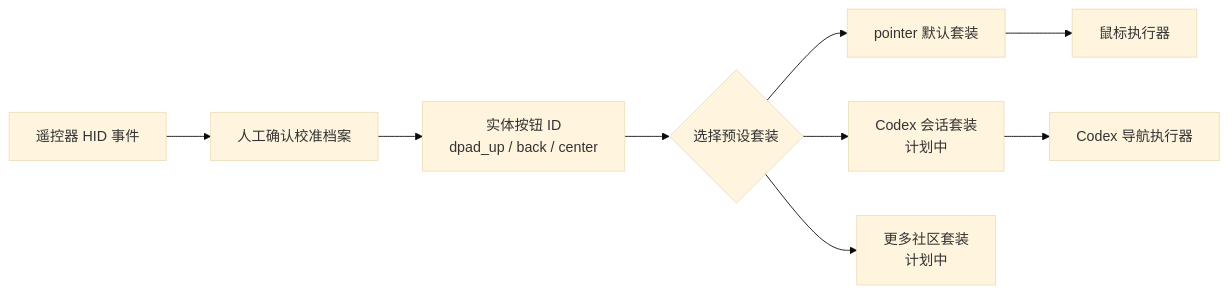
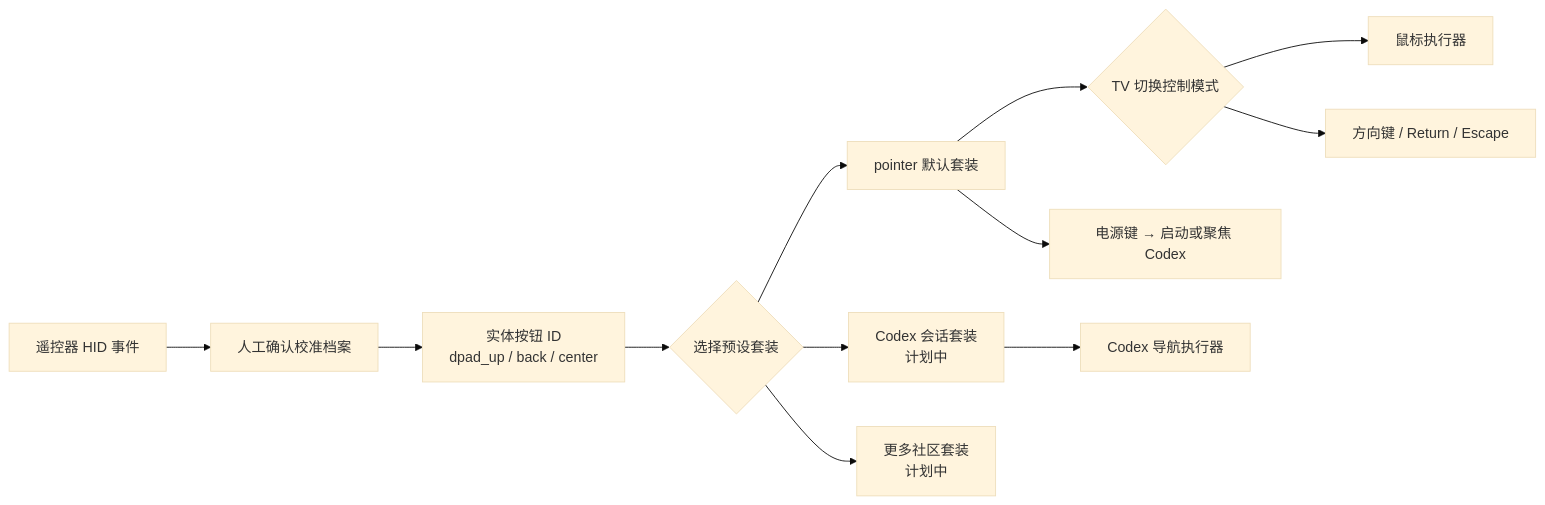
The diagram in docs/BUTTON_PRESETS.md (fanxeon/mi-ao), drawn with Mermaid (base theme) before and after one commit. The commit also changed other lines of this file and 22 other files, not shown here.

````diff
--- a/docs/BUTTON_PRESETS.md
+++ b/docs/BUTTON_PRESETS.md
@@ -13,11 +13,14 @@
 ```mermaid
 flowchart LR
     A["遥控器 HID 事件"] --> B["人工确认校准档案"]
     B --> C["实体按钮 ID<br/>dpad_up / back / center"]
     C --> D{"选择预设套装"}
     D --> E["pointer 默认套装"]
     D --> F["Codex 会话套装<br/>计划中"]
     D --> G["更多社区套装<br/>计划中"]
-    E --> H["鼠标执行器"]
+    E --> H{"TV 切换控制模式"}
+    H --> J["鼠标执行器"]
+    H --> K["方向键 / Return / Escape"]
+    E --> L["电源键 → 启动或聚焦 Codex"]
     F --> I["Codex 导航执行器"]
 ```
````
